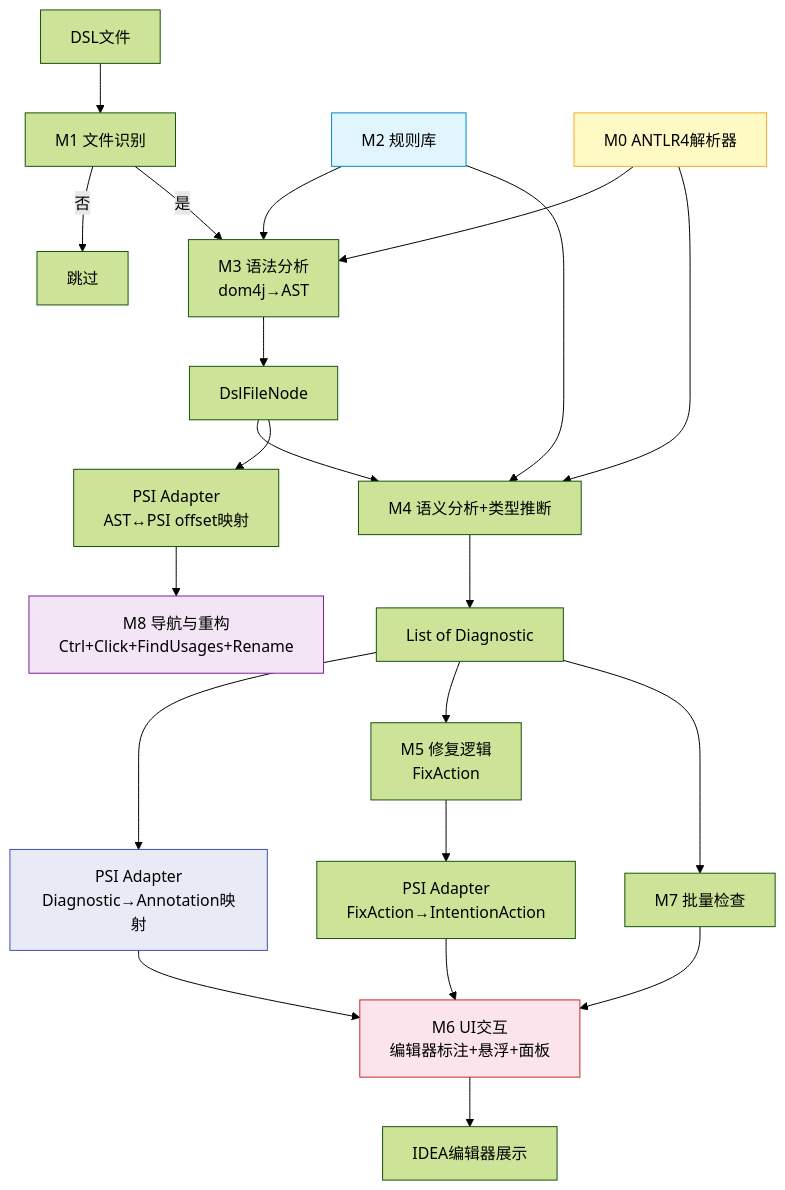
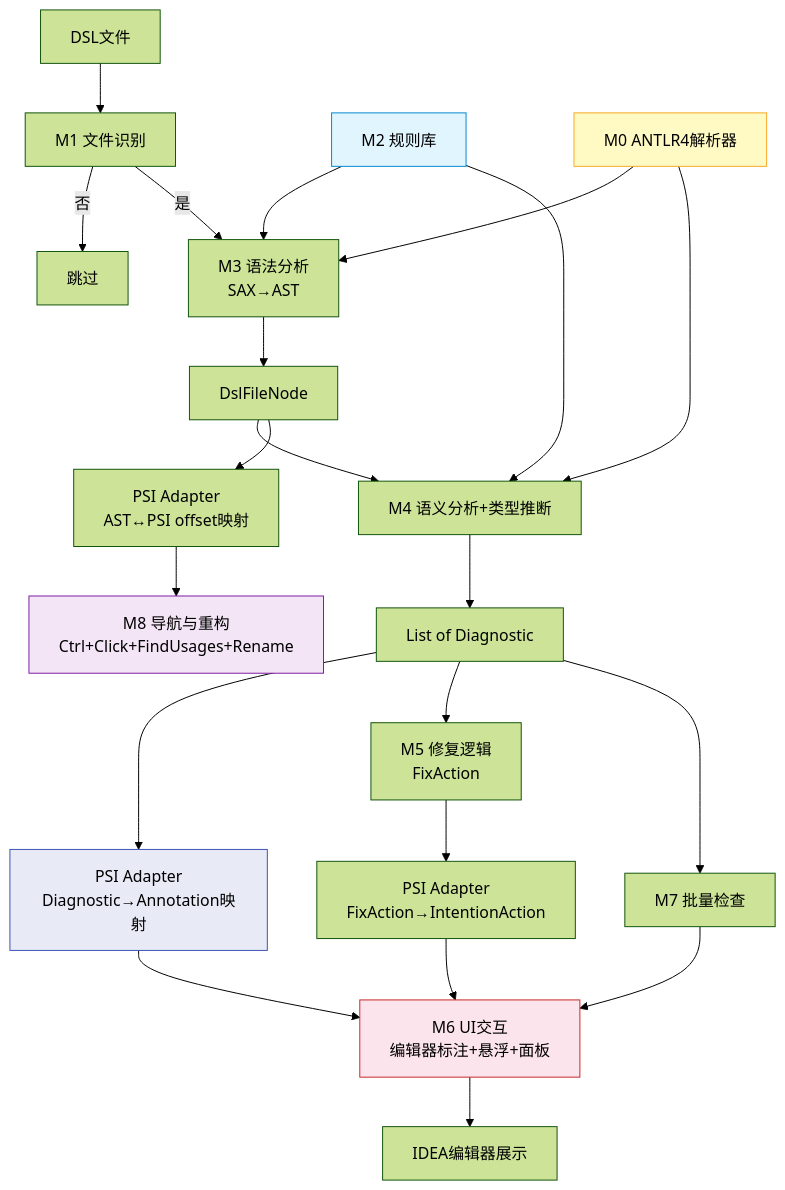
One commit to araragi-koyomin/theme-engine-dsl-static-analyzer changed the third of 3 diagrams in docs/Architecture.md. Above: the diagram before and after it, drawn with Mermaid (forest theme). The commit also changed other lines of this file and 5 other files, not shown here.

First line of the commit message:
docs: sync M3 XML parser choice dom4j -> JDK SAX across design docs

````diff
--- a/docs/Architecture.md
+++ b/docs/Architecture.md
@@ -259,34 +259,34 @@
 ```mermaid
 flowchart TD
     Input[DSL文件] --> M1[M1 文件识别]
     M1 -->|否| Skip[跳过]
-    M1 -->|是| M3[M3 语法分析<br/>dom4j→AST]
+    M1 -->|是| M3[M3 语法分析<br/>SAX→AST]
     M3 --> AST[DslFileNode]
     AST --> M4[M4 语义分析+类型推断]
     M2[M2 规则库] --> M3
     M2 --> M4
     M0[M0 ANTLR4解析器] --> M3
     M0 --> M4
     M4 --> Diag[List of Diagnostic]
 
     Diag --> PSI[PSI Adapter<br/>Diagnostic→Annotation映射]
     PSI --> M6[M6 UI交互<br/>编辑器标注+悬浮+面板]
 
     Diag --> M5[M5 修复逻辑<br/>FixAction]
     M5 --> PSI2[PSI Adapter<br/>FixAction→IntentionAction]
     PSI2 --> M6
 
     AST --> PSI3[PSI Adapter<br/>AST↔PSI offset映射]
     PSI3 --> M8[M8 导航与重构<br/>Ctrl+Click+FindUsages+Rename]
 
     Diag --> M7[M7 批量检查]
     M7 --> M6
 
     M6 --> Display[IDEA编辑器展示]
 
     style M2 fill:#e1f5fe,stroke:#0288d1
     style M0 fill:#fff9c4,stroke:#f9a825
     style PSI fill:#e8eaf6,stroke:#3f51b5
     style M6 fill:#fce4ec,stroke:#c62828
     style M8 fill:#f3e5f5,stroke:#7b1fa2
 ```
````
